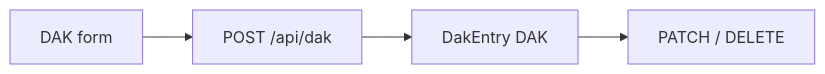
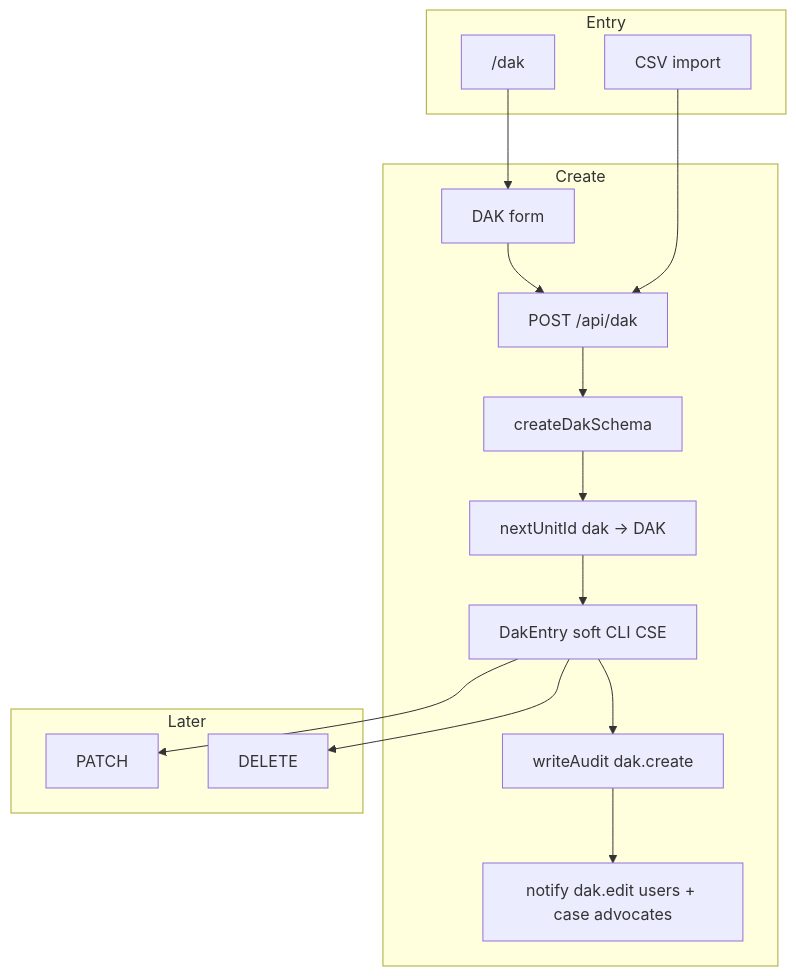
One commit to psmpasupathi009/mlf changed the first of 2 diagrams in docs/mlf flows/postal_flow.md. Above: the diagram before and after it, drawn with Mermaid. The commit also changed other lines of this file and 52 other files, not shown here.

````diff
--- a/docs/mlf flows/postal_flow.md
+++ b/docs/mlf flows/postal_flow.md
@@ -12,6 +7,27 @@
 ```mermaid
-flowchart LR
-  form["DAK form"] --> post["POST /api/dak"]
-  post --> dak["DakEntry DAK"]
-  dak --> patch["PATCH / DELETE"]
+flowchart TD
+  subgraph entry [Entry]
+    list["/dak"]
+    importDlg["CSV import"]
+  end
+
+  subgraph create [Create]
+    form["DAK form"]
+    post["POST /api/dak"]
+    zod["createDakSchema"]
+    id["nextUnitId dak → DAK"]
+    db["DakEntry soft CLI CSE"]
+    audit["writeAudit dak.create"]
+    notify["notify dak.edit users + case advocates"]
+  end
+
+  subgraph later [Later]
+    patch["PATCH"]
+    del["DELETE"]
+  end
+
+  list --> form --> post --> zod --> id --> db --> audit --> notify
+  importDlg --> post
+  db --> patch
+  db --> del
 ```
````
